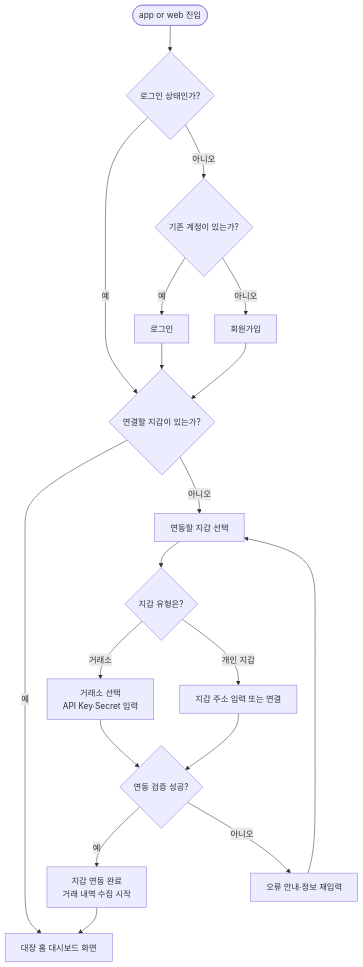
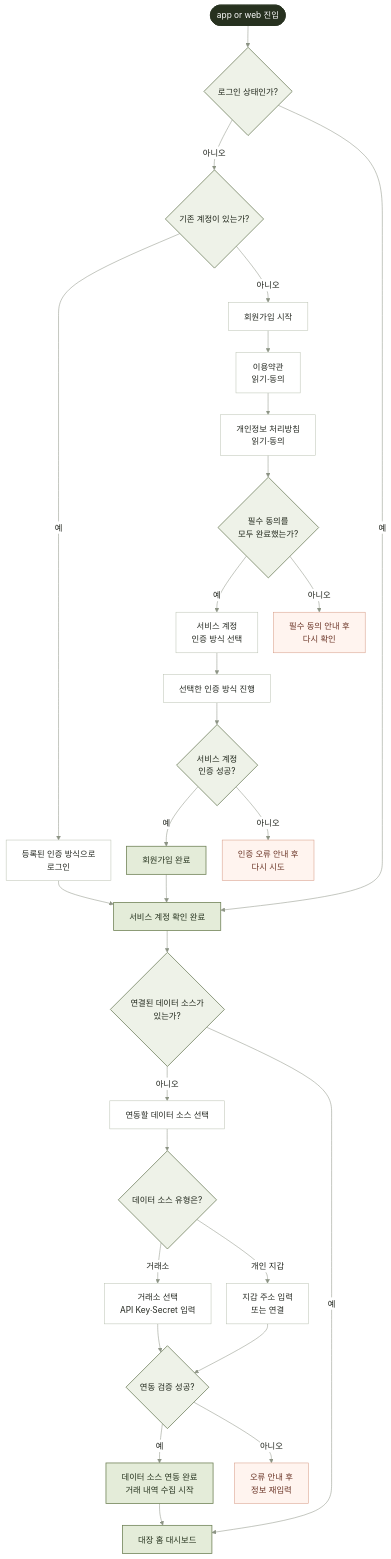
The diagram in docs/01-user-onboarding.md (BackwardLabs/daejang), drawn with Mermaid before and after one commit. The commit also changed other lines of this file and 8 other files, not shown here.

Commit message:
feat: expand onboarding and collection flows

````diff
--- a/docs/01-user-onboarding.md
+++ b/docs/01-user-onboarding.md
@@ -17,30 +17,53 @@
 ```mermaid
-flowchart TD
+%%{init: {"theme":"base","flowchart":{"curve":"basis","nodeSpacing":30,"rankSpacing":42},"themeVariables":{"fontFamily":"Pretendard, SUIT, sans-serif","primaryTextColor":"#20241d","lineColor":"#8d9485","edgeLabelBackground":"#ffffff"}}}%%
+flowchart TB
   start([app or web 진입]) --> loggedIn{로그인 상태인가?}
 
-  loggedIn -->|예| linked{연결할 지갑이 있는가?}
   loggedIn -->|아니오| hasAccount{기존 계정이 있는가?}
+  loggedIn -->|예| accountReady[서비스 계정 확인 완료]
 
-  hasAccount -->|예| login[로그인]
-  hasAccount -->|아니오| signup[회원가입]
+  hasAccount -->|예| login[등록된 인증 방식으로<br/>로그인]
+  hasAccount -->|아니오| signup[회원가입 시작]
+  login --> accountReady
 
-  login --> linked
-  signup --> linked
+  signup --> terms[이용약관<br/>읽기·동의]
+  terms --> privacy[개인정보 처리방침<br/>읽기·동의]
+  privacy --> consented{필수 동의를<br/>모두 완료했는가?}
 
-  linked -->|예| home[대장 홈 대시보드 화면]
-  linked -->|아니오| selectType[연동할 지갑 선택]
+  consented -->|예| selectAuth[서비스 계정<br/>인증 방식 선택]
+  consented -->|아니오| consentError[필수 동의 안내 후<br/>다시 확인]
 
-  selectType --> accountType{지갑 유형은?}
+  selectAuth --> accountAuth[선택한 인증 방식 진행]
+  accountAuth --> authVerified{서비스 계정<br/>인증 성공?}
 
+  authVerified -->|예| signupComplete[회원가입 완료]
+  authVerified -->|아니오| authError[인증 오류 안내 후<br/>다시 시도]
+  signupComplete --> accountReady
+
+  accountReady --> linked{연결된 데이터 소스가<br/>있는가?}
+  linked -->|아니오| selectType[연동할 데이터 소스 선택]
+  linked -->|예| home[대장 홈 대시보드]
+
+  selectType --> accountType{데이터 소스 유형은?}
   accountType -->|거래소| cexInput[거래소 선택<br/>API Key·Secret 입력]
-  accountType -->|개인 지갑| walletInput[지갑 주소 입력 또는 연결]
+  accountType -->|개인 지갑| walletInput[지갑 주소 입력<br/>또는 연결]
 
   cexInput --> verify{연동 검증 성공?}
   walletInput --> verify
 
-  verify -->|예| complete[지갑 연동 완료<br/>거래 내역 수집 시작]
-  verify -->|아니오| error[오류 안내·정보 재입력]
+  verify -->|예| complete[데이터 소스 연동 완료<br/>거래 내역 수집 시작]
+  verify -->|아니오| error[오류 안내 후<br/>정보 재입력]
+  complete --> home
 
-  error --> selectType
-  complete --> home
+  classDef entry fill:#27311f,color:#ffffff,stroke:#27311f,stroke-width:1.5px;
+  classDef decision fill:#eef2e8,color:#20271b,stroke:#71805e,stroke-width:1.5px;
+  classDef action fill:#ffffff,color:#262a23,stroke:#bcc3b4,stroke-width:1px;
+  classDef warning fill:#fff4ef,color:#6b3527,stroke:#d69b86,stroke-width:1px;
+  classDef success fill:#e4ecd9,color:#25321d,stroke:#708257,stroke-width:1.5px;
+
+  class start entry;
+  class loggedIn,hasAccount,consented,authVerified,linked,accountType,verify decision;
+  class login,signup,terms,privacy,selectAuth,accountAuth,selectType,cexInput,walletInput action;
+  class consentError,authError,error warning;
+  class accountReady,signupComplete,complete,home success;
 ```
````
